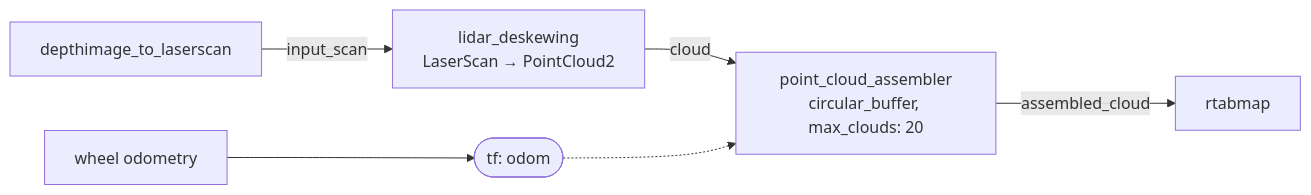
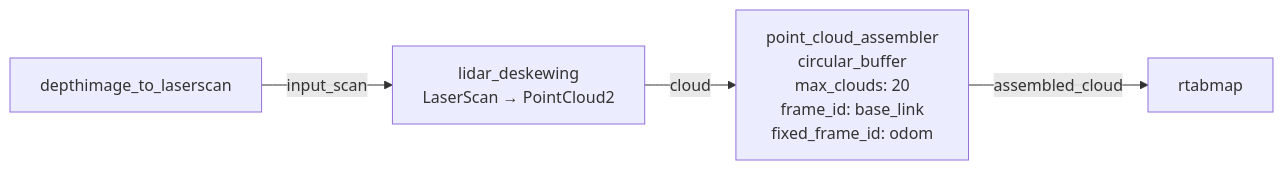
One commit to introlab/rtabmap_ros changed the second of 2 diagrams in rtabmap_util/doc/point_cloud_assembler.md. Above: the diagram before and after it, drawn with Mermaid. The commit also changed other lines of this file and 1 other file, not shown here.

Commit message:
cleanup some diagrams

````diff
--- a/rtabmap_util/doc/point_cloud_assembler.md
+++ b/rtabmap_util/doc/point_cloud_assembler.md
@@ -92,14 +87,10 @@
 ```mermaid
 flowchart LR
     D2S["depthimage_to_laserscan"]
     CONV["lidar_deskewing<br>LaserScan → PointCloud2"]
-    WHEEL["wheel odometry"]
-    ASM["point_cloud_assembler<br>circular_buffer, max_clouds: 20"]
+    ASM["point_cloud_assembler<br>circular_buffer<br>max_clouds: 20<br>frame_id: base_link<br>fixed_frame_id: odom"]
     MAP["rtabmap"]
-    ODOMTF(["tf: odom"])
     D2S -->|input_scan| CONV
     CONV -->|cloud| ASM
-    WHEEL --> ODOMTF
-    ODOMTF -.-> ASM
     ASM -->|assembled_cloud| MAP
 ```
````
